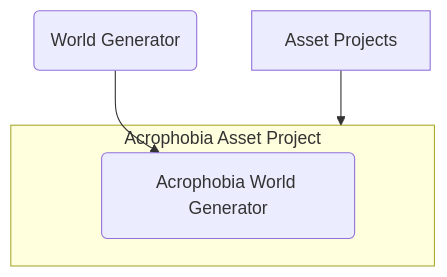
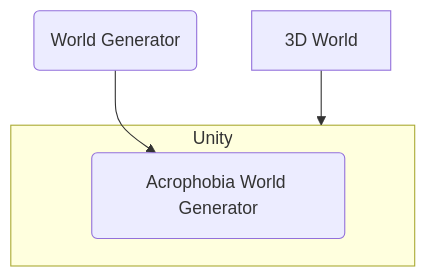
The diagram in README.md (ogoudey/UnityGenPlayground), drawn with Mermaid before and after one commit. The commit also changed other lines of this file, not shown here.

Commit message:
Rename project to Acrophobia World Generator

````diff
--- a/README.md
+++ b/README.md
@@ -10,8 +10,8 @@
 ```mermaid
 graph TD
-    A[Asset Projects] --> B[Acrophobia Asset Project]
+    A[3D World] --> B[Acrophobia Asset Project]
     C(World Generator) --> D(Acrophobia World Generator)
-    subgraph B[Acrophobia Asset Project]
+    subgraph B[Unity]
         D
     end
 ```
````
